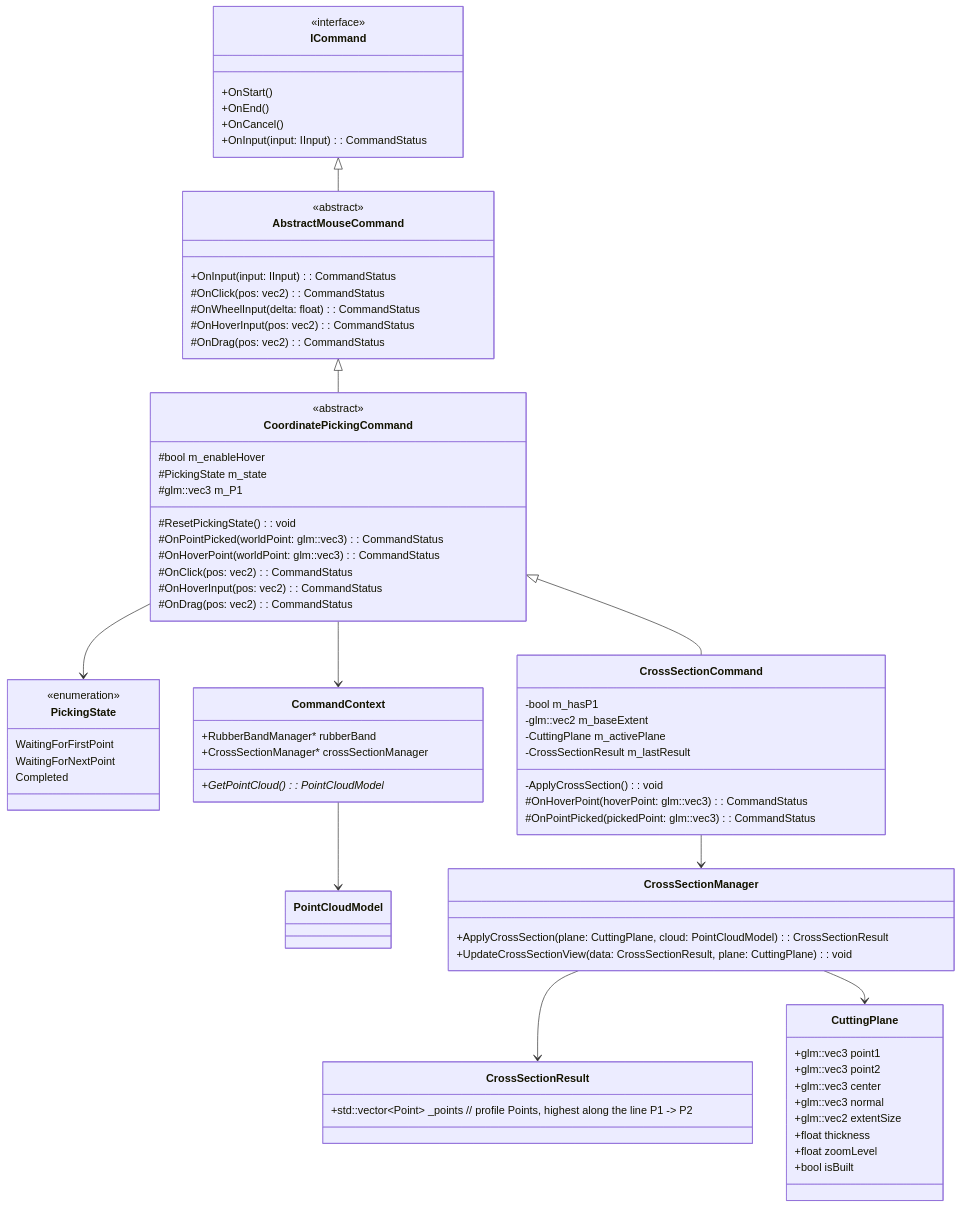
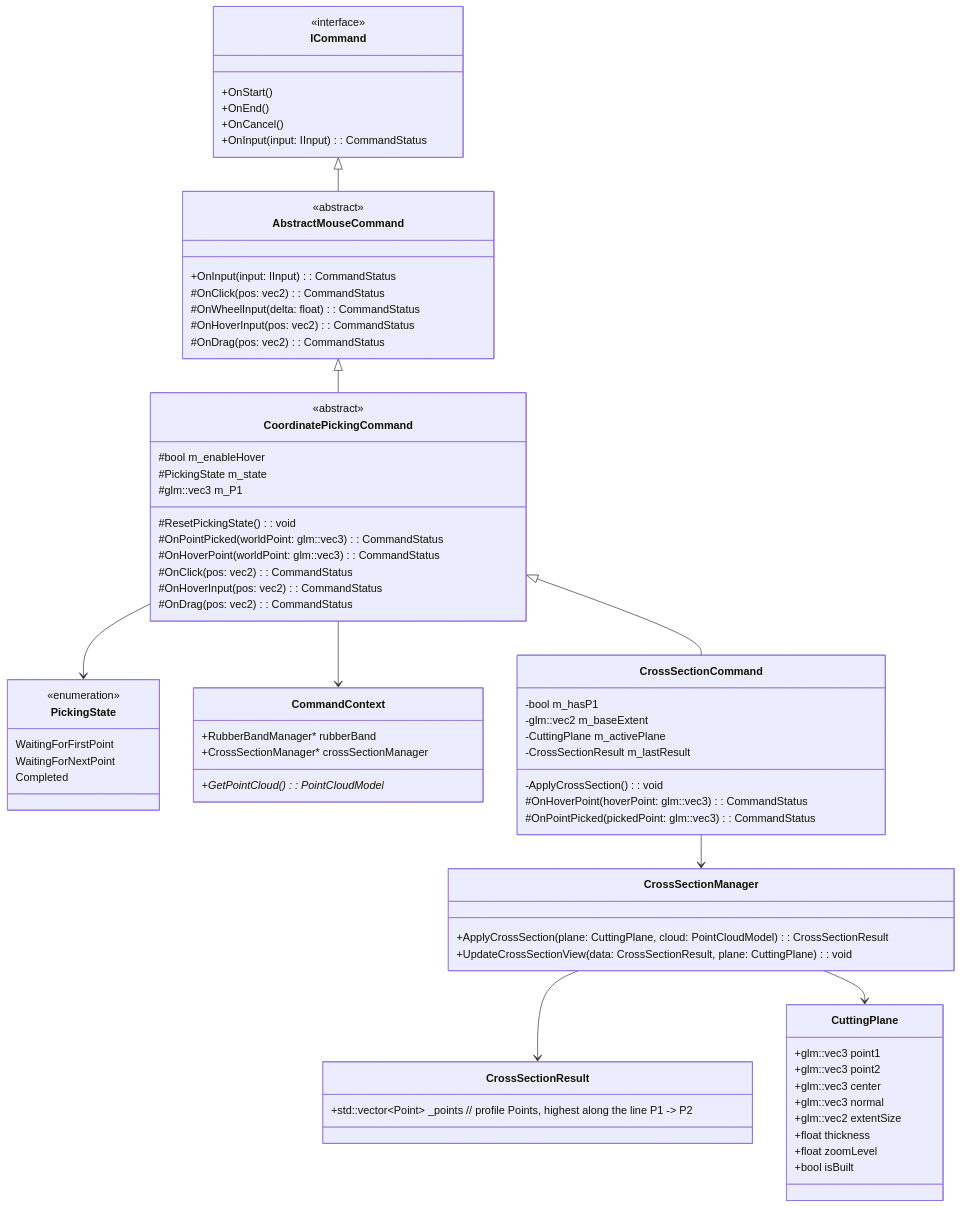
One commit to vfa-khaidt1/vfa-cdn changed the diagram in NewCrossSection.md. Above: the diagram before and after it, drawn with Mermaid.

```diff
--- a/NewCrossSection.md
+++ b/NewCrossSection.md
@@ -70,8 +70,6 @@
         +std::vector~Point~ _points // profile Points, highest along the line P1 -> P2
     }
 
-    class PointCloudModel
-
     class CrossSectionManager {
         +ApplyCrossSection(plane: CuttingPlane, cloud: PointCloudModel): CrossSectionResult
         +UpdateCrossSectionView(data: CrossSectionResult, plane: CuttingPlane): void
@@ -96,7 +94,6 @@
     CoordinatePickingCommand <|-- CrossSectionCommand
     CoordinatePickingCommand --> CommandContext
     CrossSectionCommand --> CrossSectionManager
-    CommandContext --> PointCloudModel
     CrossSectionManager --> CrossSectionResult
     CrossSectionManager --> CuttingPlane
 
```
